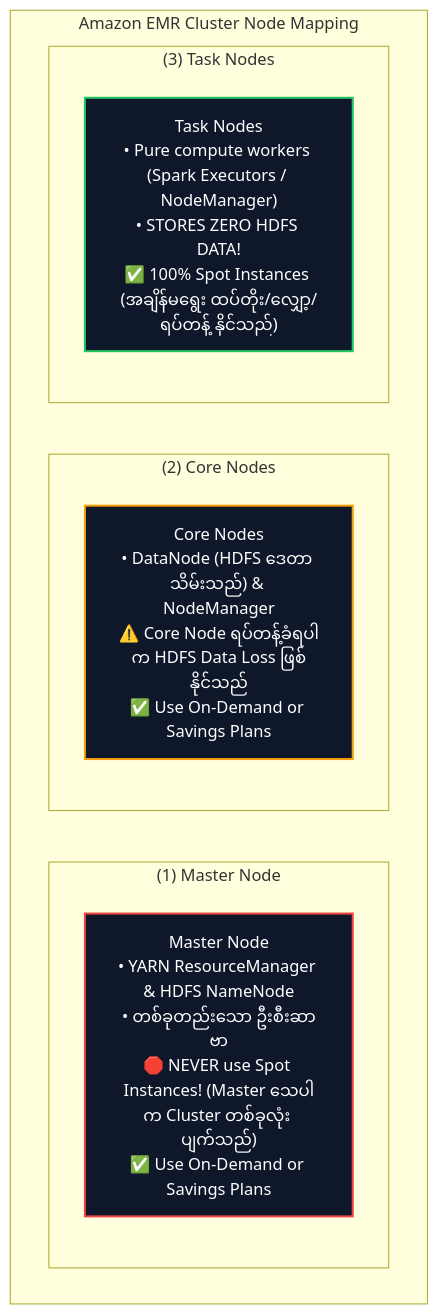
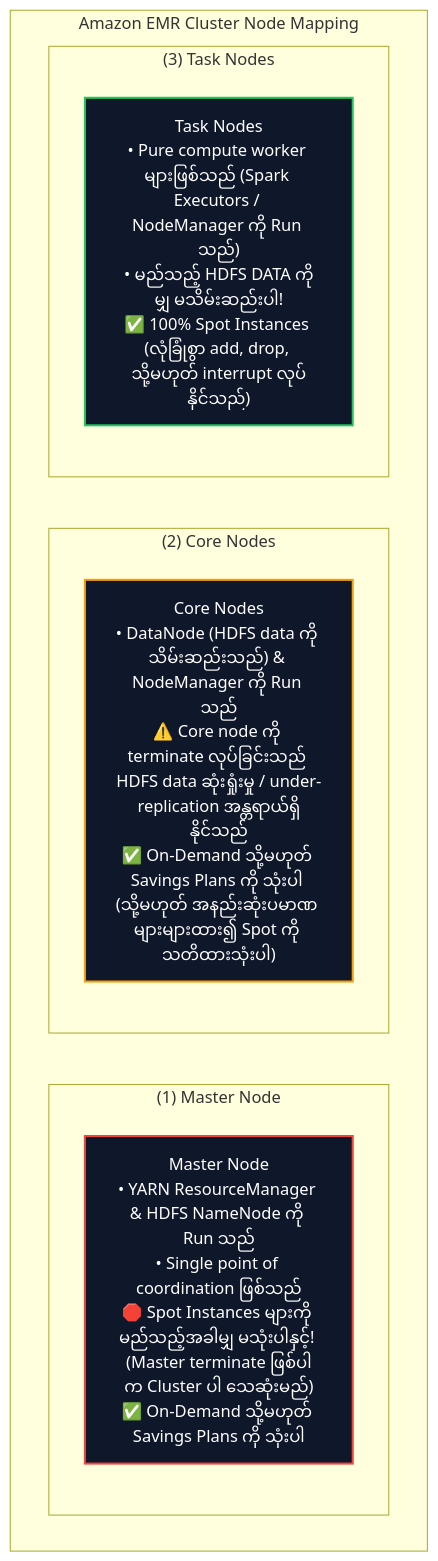
One commit to Wathon/aws-dea-c01-note changed the third of 4 diagrams in content/mm/02-services/compute-containers/ec2-and-graviton.md. Above: the diagram before and after it, drawn with Mermaid. The commit also changed other lines of this file and 41 other files, not shown here.

````diff
--- a/content/mm/02-services/compute-containers/ec2-and-graviton.md
+++ b/content/mm/02-services/compute-containers/ec2-and-graviton.md
@@ -112,24 +120,24 @@
 ```mermaid
 graph TD
     subgraph EMRClusterTopology["Amazon EMR Cluster Node Mapping"]
         subgraph MasterLayer["(1) Master Node"]
-            M1["Master Node<br/>• YARN ResourceManager & HDFS NameNode<br/>• တစ်ခုတည်းသော ဦးစီးဆာဗာ<br/>🛑 NEVER use Spot Instances! (Master သေပါက Cluster တစ်ခုလုံး ပျက်သည်)<br/>✅ Use On-Demand or Savings Plans"]
+            M1["Master Node<br/>• YARN ResourceManager & HDFS NameNode ကို Run သည်<br/>• Single point of coordination ဖြစ်သည်<br/>🛑 Spot Instances များကို မည်သည့်အခါမျှ မသုံးပါနှင့်! (Master terminate ဖြစ်ပါက Cluster ပါ သေဆုံးမည်)<br/>✅ On-Demand သို့မဟုတ် Savings Plans ကို သုံးပါ"]
         end
 
         subgraph CoreLayer["(2) Core Nodes"]
-            C1["Core Nodes<br/>• DataNode (HDFS ဒေတာ သိမ်းသည်) & NodeManager<br/>⚠️ Core Node ရပ်တန့်ခံရပါက HDFS Data Loss ဖြစ်နိုင်သည်<br/>✅ Use On-Demand or Savings Plans"]
+            C1["Core Nodes<br/>• DataNode (HDFS data ကို သိမ်းဆည်းသည်) & NodeManager ကို Run သည်<br/>⚠️ Core node ကို terminate လုပ်ခြင်းသည် HDFS data ဆုံးရှုံးမှု / under-replication အန္တရာယ်ရှိနိုင်သည်<br/>✅ On-Demand သို့မဟုတ် Savings Plans ကို သုံးပါ (သို့မဟုတ် အနည်းဆုံးပမာဏ များများထား၍ Spot ကို သတိထားသုံးပါ)"]
         end
 
         subgraph TaskLayer["(3) Task Nodes"]
-            T1["Task Nodes<br/>• Pure compute workers (Spark Executors / NodeManager)<br/>• STORES ZERO HDFS DATA!<br/>✅ 100% Spot Instances (အချိန်မရွေး ထပ်တိုး/လျှော့/ရပ်တန့် နိုင်သည်)"]
+            T1["Task Nodes<br/>• Pure compute worker များဖြစ်သည် (Spark Executors / NodeManager ကို Run သည်)<br/>• မည်သည့် HDFS DATA ကိုမျှ မသိမ်းဆည်းပါ!<br/>✅ 100% Spot Instances (လုံခြုံစွာ add, drop, သို့မဟုတ် interrupt လုပ်နိုင်သည်)"]
         end
     end
 
     classDef master fill:#0f172a,stroke:#ef4444,stroke-width:2px,color:#fff;
     classDef core fill:#0f172a,stroke:#f59e0b,stroke-width:2px,color:#fff;
     classDef task fill:#0f172a,stroke:#22c55e,stroke-width:2px,color:#fff;
 
     class M1 master;
     class C1 core;
     class T1 task;
 ```
````
